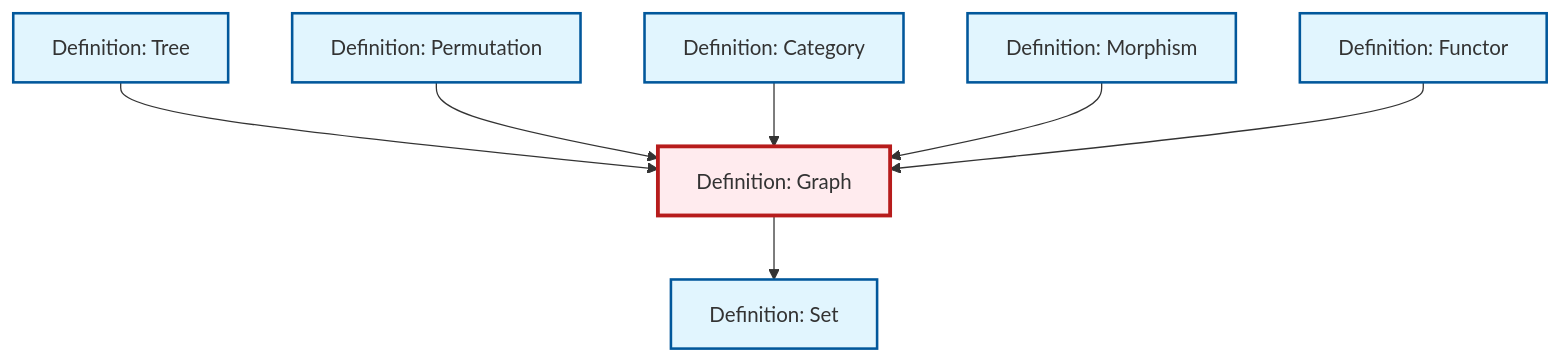
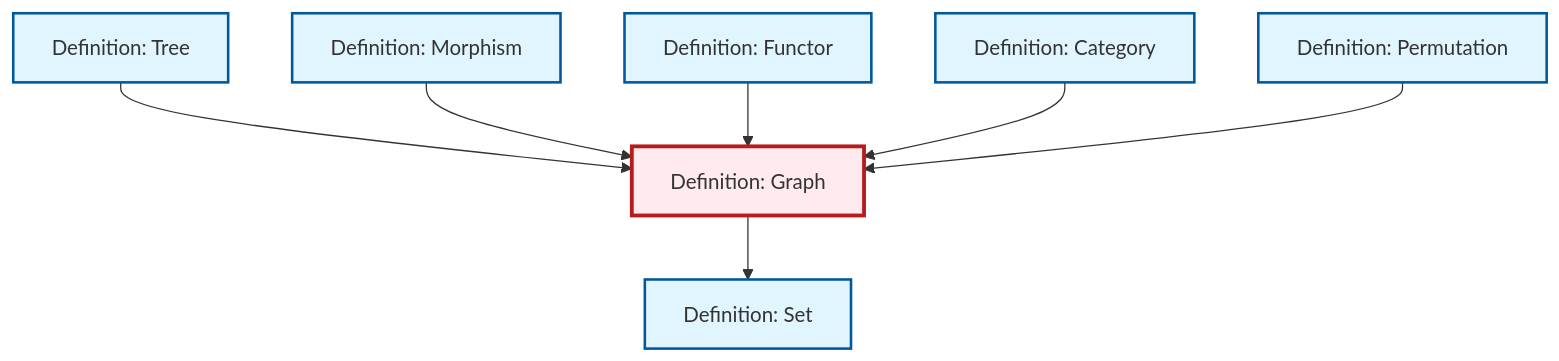
Before and after one commit to RK0429/ModernMath: the diagram in content/en/combinatorics/def-graph.qmd, drawn with Mermaid. The commit also changed other lines of this file and 554 other files, not shown here.

````diff
--- a/content/en/combinatorics/def-graph.qmd
+++ b/content/en/combinatorics/def-graph.qmd
@@ -90,29 +90,29 @@
 ```{mermaid}
 %%| fig-cap: "Local dependency graph"
 graph TD
     classDef definition fill:#e1f5fe,stroke:#01579b,stroke-width:2px
     classDef theorem fill:#f3e5f5,stroke:#4a148c,stroke-width:2px
     classDef axiom fill:#fff3e0,stroke:#e65100,stroke-width:2px
     classDef example fill:#e8f5e9,stroke:#1b5e20,stroke-width:2px
     classDef current fill:#ffebee,stroke:#b71c1c,stroke-width:3px
+    def-functor["Definition: Functor"]:::definition
+    def-category["Definition: Category"]:::definition
+    def-tree["Definition: Tree"]:::definition
     def-set["Definition: Set"]:::definition
+    def-permutation["Definition: Permutation"]:::definition
     def-morphism["Definition: Morphism"]:::definition
-    def-permutation["Definition: Permutation"]:::definition
-    def-functor["Definition: Functor"]:::definition
-    def-tree["Definition: Tree"]:::definition
-    def-category["Definition: Category"]:::definition
     def-graph["Definition: Graph"]:::definition
     def-graph --> def-set
     def-tree --> def-graph
-    def-permutation --> def-graph
-    def-category --> def-graph
     def-morphism --> def-graph
     def-functor --> def-graph
+    def-category --> def-graph
+    def-permutation --> def-graph
     class def-graph current
+    click def-functor "def-functor.html" "Go to Functor definition"
+    click def-category "def-category.html" "Go to Category definition"
+    click def-tree "def-tree.html" "Go to Tree definition"
     click def-set "def-set.html" "Go to Set definition"
+    click def-permutation "def-permutation.html" "Go to Permutation definition"
     click def-morphism "def-morphism.html" "Go to Morphism definition"
-    click def-permutation "def-permutation.html" "Go to Permutation definition"
-    click def-functor "def-functor.html" "Go to Functor definition"
-    click def-tree "def-tree.html" "Go to Tree definition"
-    click def-category "def-category.html" "Go to Category definition"
 ```
````
